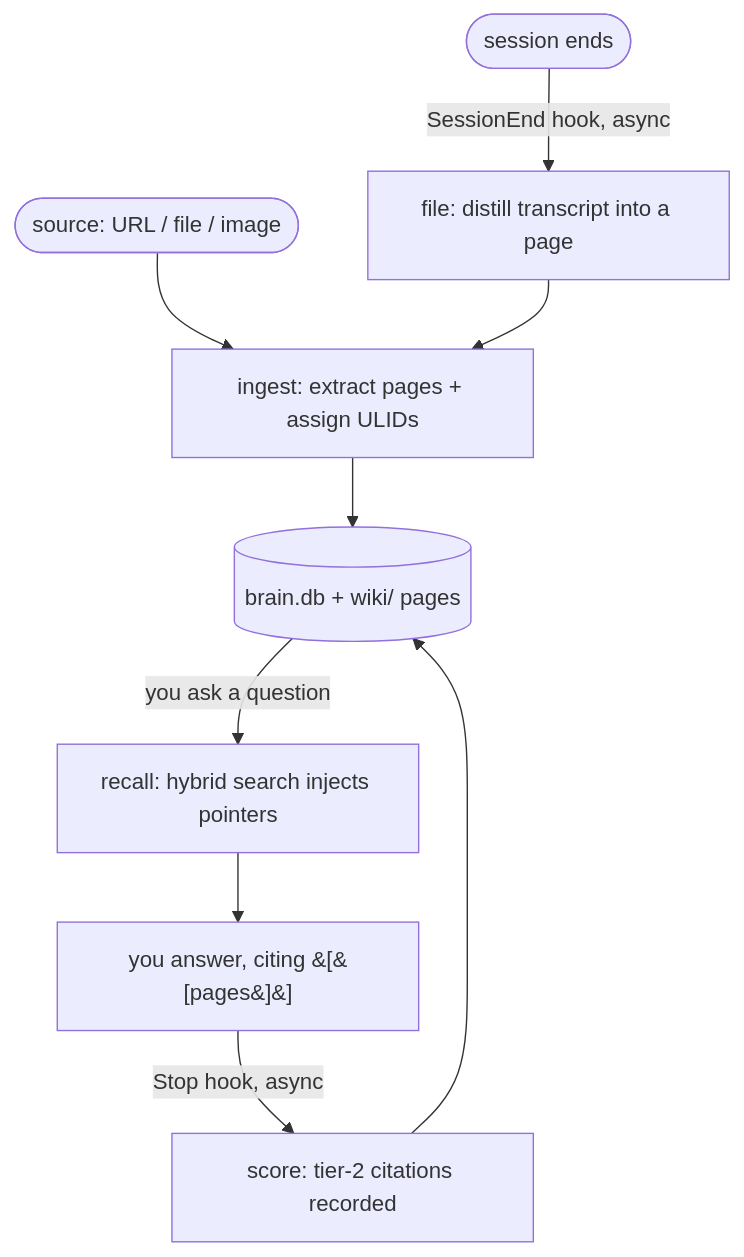
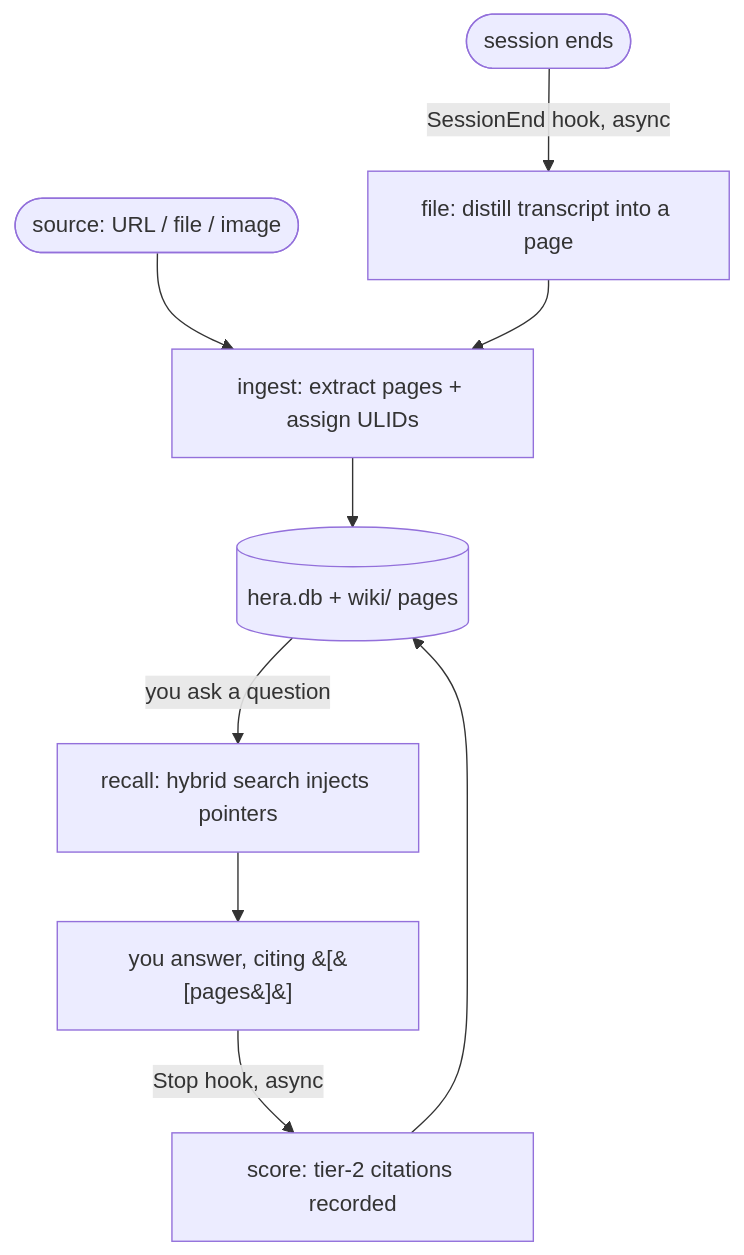
The diagram in docs/ONBOARDING.md (randyren278/hera), drawn with Mermaid before and after one commit. The commit also changed other lines of this file and 125 other files, not shown here.

First line of the commit message:
refactor: rename everything brain -> hera

````diff
--- a/docs/ONBOARDING.md
+++ b/docs/ONBOARDING.md
@@ -24,11 +24,11 @@
 ```mermaid
 flowchart TD
   A([source: URL / file / image]) --> B[ingest: extract pages + assign ULIDs]
-  B --> C[(brain.db + wiki/ pages)]
+  B --> C[(hera.db + wiki/ pages)]
   C -->|you ask a question| D[recall: hybrid search injects pointers]
   D --> E[you answer, citing &#91;&#91;pages&#93;&#93;]
   E -->|Stop hook, async| F[score: tier-2 citations recorded]
   F --> C
   G([session ends]) -->|SessionEnd hook, async| H[file: distill transcript into a page]
   H --> B
 ```
````
